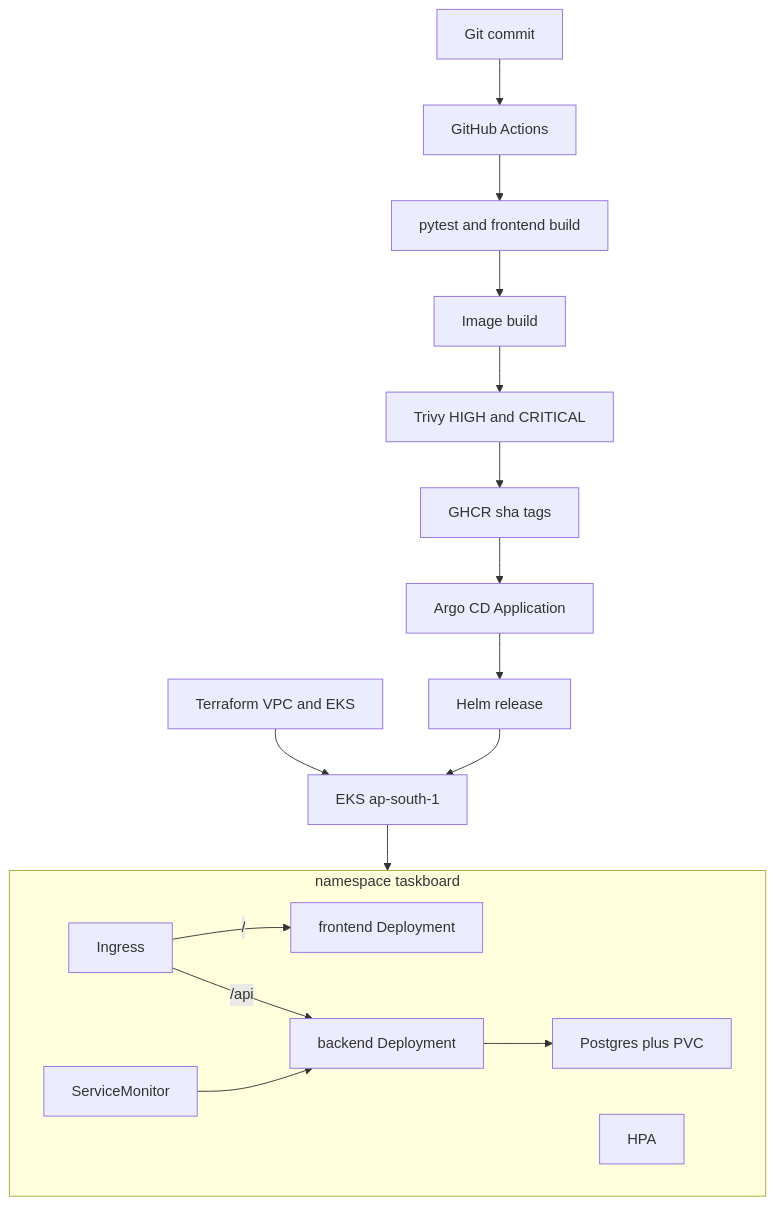
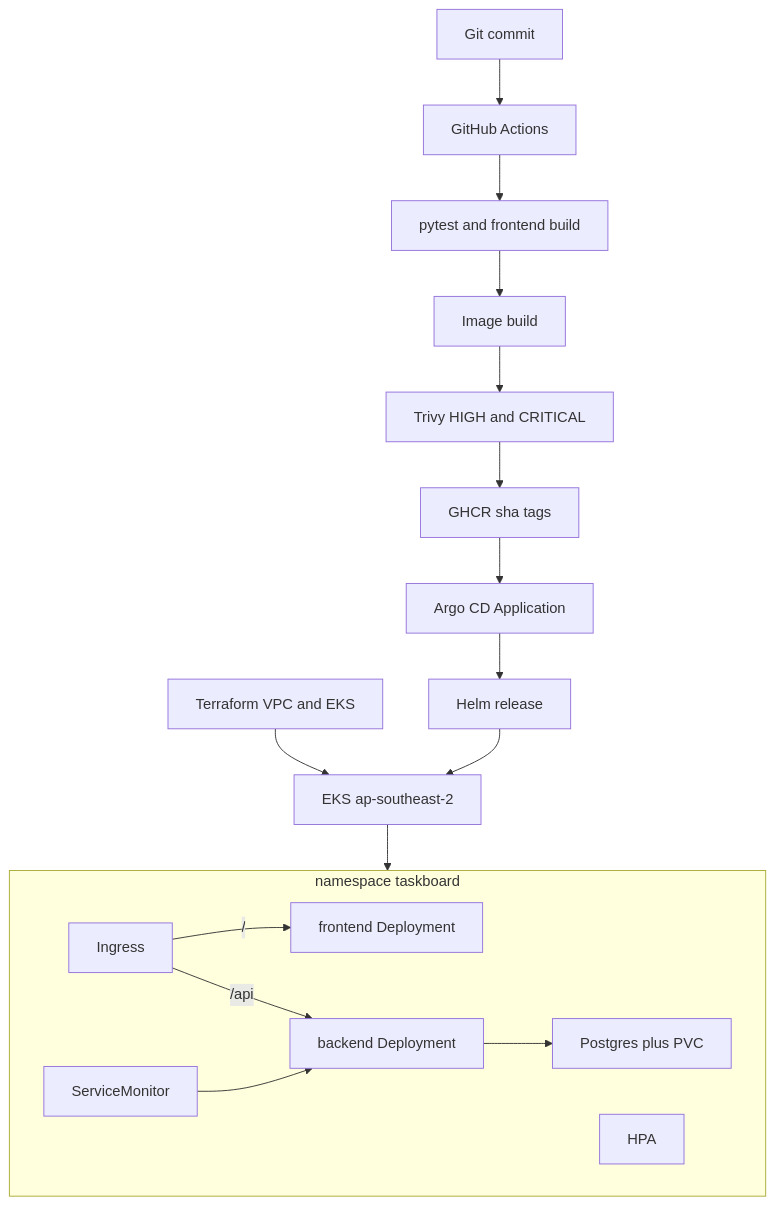
One commit to ramneek3/taskboard changed the second of 2 diagrams in docs/ARCHITECTURE.md. Above: the diagram before and after it, drawn with Mermaid. The commit also changed 7 other files, not shown here.

````diff
--- a/docs/ARCHITECTURE.md
+++ b/docs/ARCHITECTURE.md
@@ -23,25 +23,25 @@
 ```mermaid
 flowchart TB
   dev[Git commit] --> gha[GitHub Actions]
   gha --> test[pytest and frontend build]
   test --> images[Image build]
   images --> trivy[Trivy HIGH and CRITICAL]
   trivy --> ghcr[GHCR sha tags]
   ghcr --> argo[Argo CD Application]
-  tf[Terraform VPC and EKS] --> cluster[EKS ap-south-1]
+  tf[Terraform VPC and EKS] --> cluster[EKS ap-southeast-2]
   argo --> helm[Helm release]
   helm --> cluster
   subgraph ns [namespace taskboard]
     ing[Ingress]
     fe[frontend Deployment]
     be[backend Deployment]
     pg[Postgres plus PVC]
     hpa[HPA]
     sm[ServiceMonitor]
   end
   cluster --> ns
   ing -->|/| fe
   ing -->|/api| be
   be --> pg
   sm --> be
 ```
````
